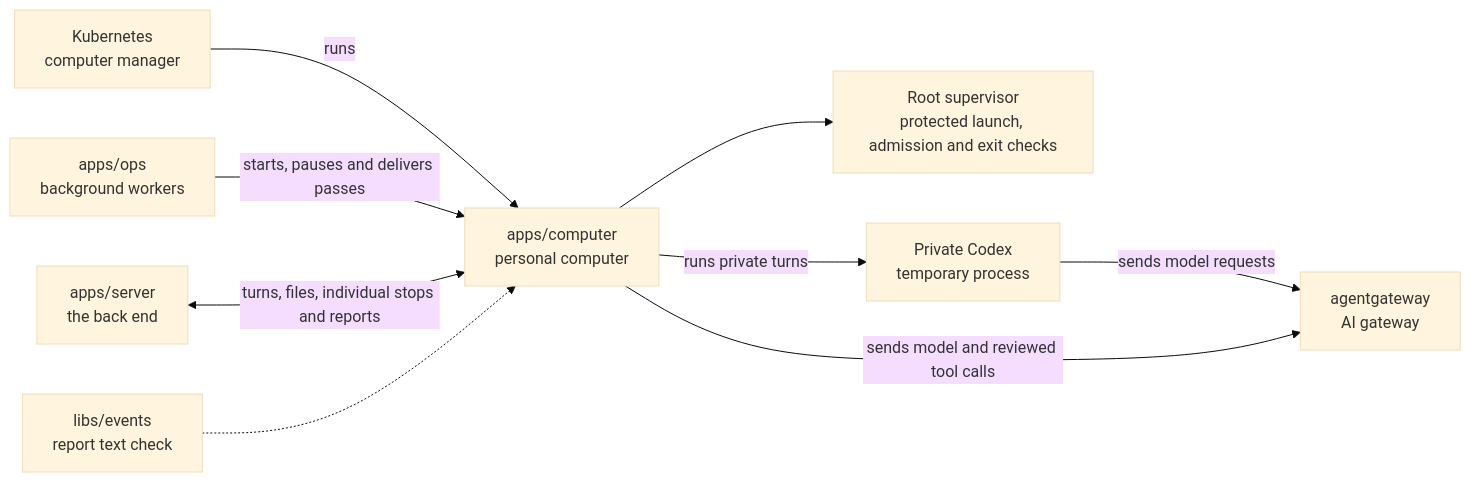
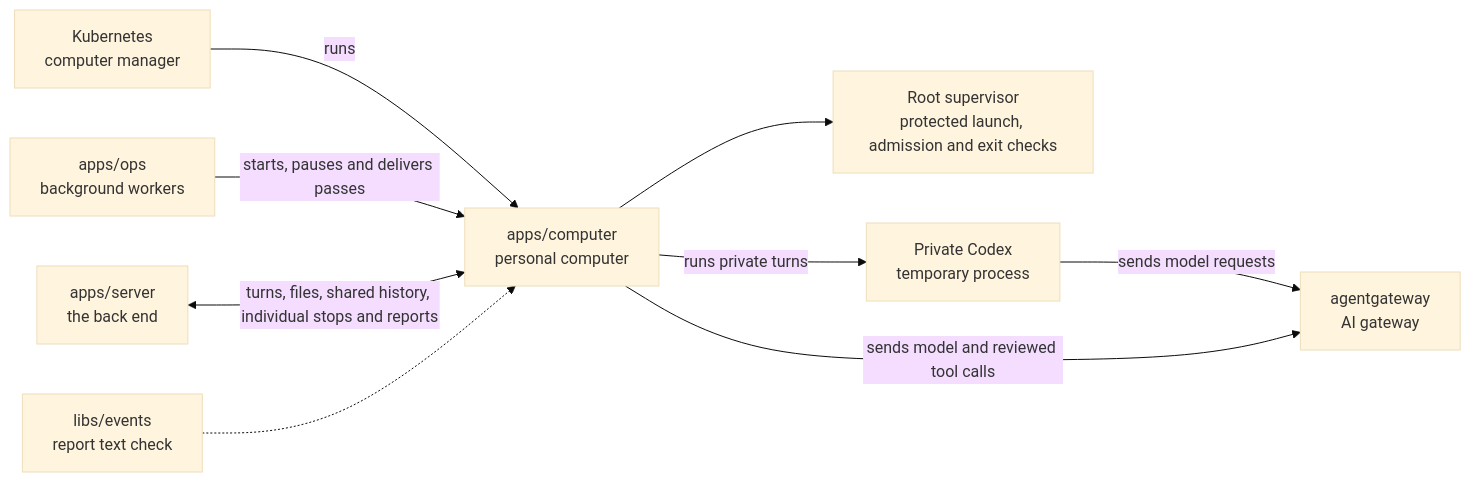
One commit to elewa-git/opencrane-new changed the diagram in apps/computer/README.md. Above: the diagram before and after it, drawn with Mermaid (base theme). The commit also changed other lines of this file and 10 other files, not shown here.

Commit message:
💬 Deliver shared child history across senders

````diff
--- a/apps/computer/README.md
+++ b/apps/computer/README.md
@@ -21,11 +22,11 @@
 ```mermaid
 flowchart LR
   kube["Kubernetes<br/>computer manager"] -->|runs| computer["apps/computer<br/>personal computer"]
   ops["apps/ops<br/>background workers"] -->|starts, pauses and delivers passes| computer
-  server["apps/server<br/>the back end"] <-->|turns, files, individual stops and reports| computer
+  server["apps/server<br/>the back end"] <-->|turns, files, shared history, individual stops and reports| computer
   events["libs/events<br/>report text check"] -.-> computer
   computer --> supervisor["Root supervisor<br/>protected launch, admission and exit checks"]
   computer -->|runs private turns| private["Private Codex<br/>temporary process"]
   private -->|sends model requests| gateway
   computer -->|sends model and reviewed tool calls| gateway["agentgateway<br/>AI gateway"]
 ```
````
